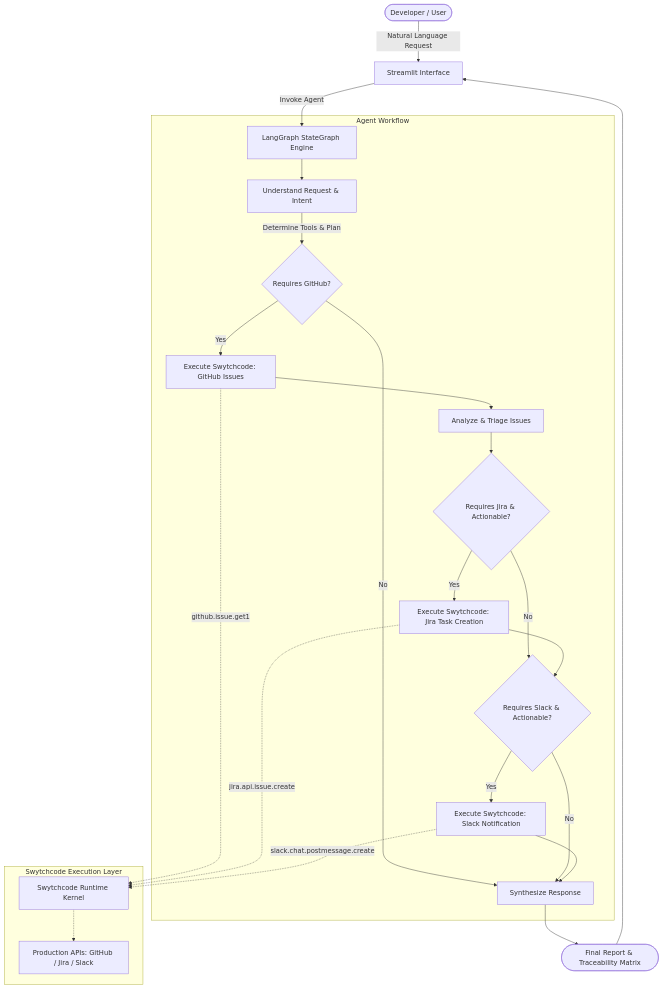
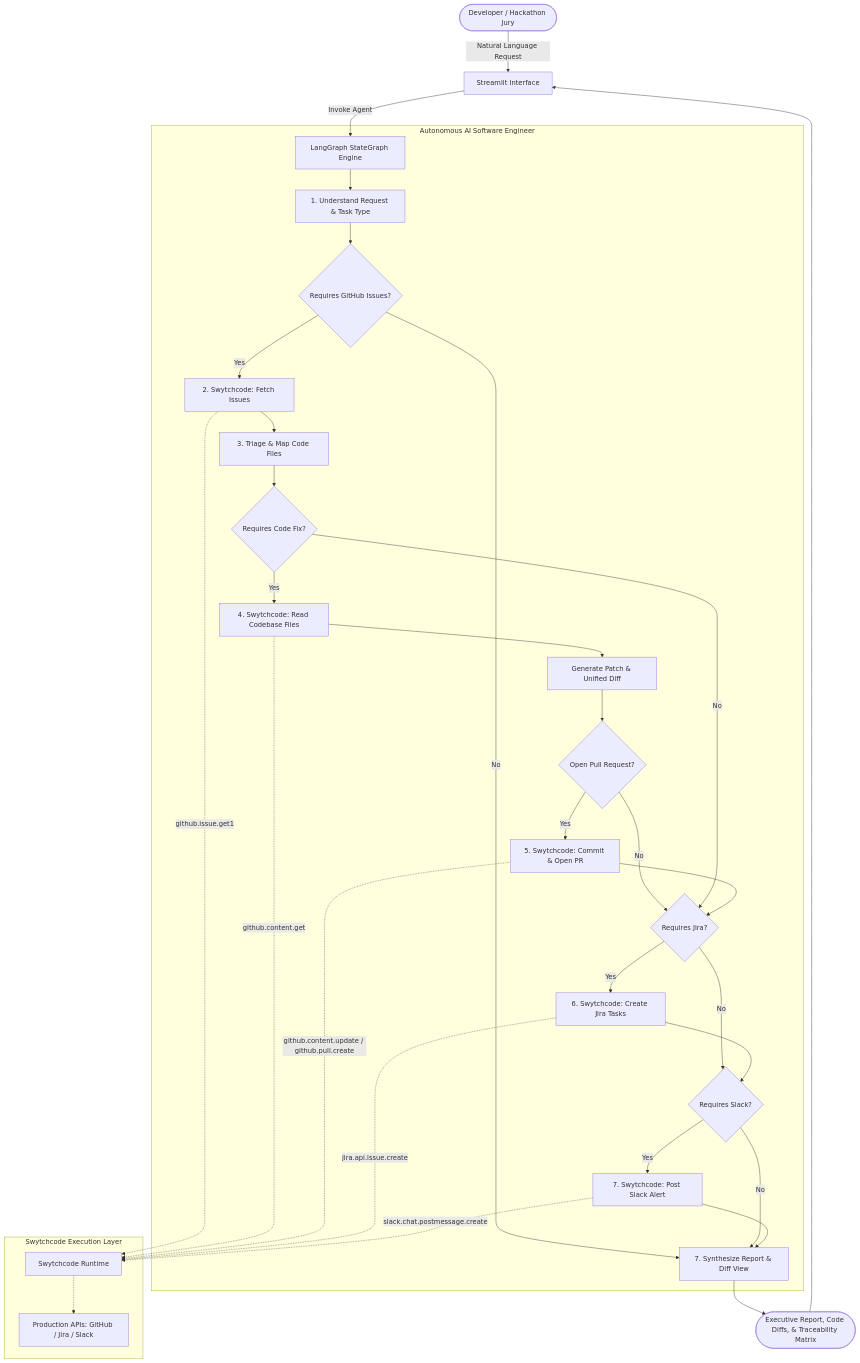
Before and after one commit to nikhil-mutreja/Buildathon: the diagram in README.md, drawn with Mermaid. The commit also changed other lines of this file and 8 other files, not shown here.

Commit message:
feat: implement autonomous software engineering coding workflows, code inspection, and pull requests

````diff
--- a/README.md
+++ b/README.md
@@ -53,34 +36,45 @@
 ```mermaid
 flowchart TD
-    User([Developer / User]) -->|Natural Language Request| UI[Streamlit Interface]
+    User([Developer / Hackathon Jury]) -->|Natural Language Request| UI[Streamlit Interface]
     UI -->|Invoke Agent| Agent[LangGraph StateGraph Engine]
 
-    subgraph Agent Workflow
-        Agent --> Parse[Understand Request & Intent]
-        Parse -->|Determine Tools & Plan| Route1{Requires GitHub?}
-        Route1 -->|Yes| GHNode[Execute Swytchcode: GitHub Issues]
-        Route1 -->|No| Synth[Synthesize Response]
+    subgraph Autonomous AI Software Engineer
+        Agent --> Understand[1. Understand Request & Task Type]
+        Understand --> Route1{Requires GitHub Issues?}
+        Route1 -->|Yes| FetchGH[2. Swytchcode: Fetch Issues]
+        Route1 -->|No| Synth[7. Synthesize Report & Diff View]
 
-        GHNode --> TriageNode[Analyze & Triage Issues]
-        TriageNode --> Route2{Requires Jira & Actionable?}
+        FetchGH --> Triage[3. Triage & Map Code Files]
+        Triage --> Route2{Requires Code Fix?}
 
-        Route2 -->|Yes| JiraNode[Execute Swytchcode: Jira Task Creation]
-        Route2 -->|No| Route3{Requires Slack & Actionable?}
+        Route2 -->|Yes| InspectCode[4. Swytchcode: Read Codebase Files]
+        InspectCode --> GenPatch[Generate Patch & Unified Diff]
+        GenPatch --> Route3{Open Pull Request?}
+        Route3 -->|Yes| OpenPR[5. Swytchcode: Commit & Open PR]
+        Route3 -->|No| Route4{Requires Jira?}
 
-        JiraNode --> Route3
-        Route3 -->|Yes| SlackNode[Execute Swytchcode: Slack Notification]
-        Route3 -->|No| Synth
+        Route2 -->|No| Route4
+        OpenPR --> Route4
+
+        Route4 -->|Yes| JiraNode[6. Swytchcode: Create Jira Tasks]
+        Route4 -->|No| Route5{Requires Slack?}
+
+        JiraNode --> Route5
+        Route5 -->|Yes| SlackNode[7. Swytchcode: Post Slack Alert]
+        Route5 -->|No| Synth
 
         SlackNode --> Synth
     end
 
     subgraph Swytchcode Execution Layer
-        GHNode -.->|github.issue.get1| SwytchcodeEngine[Swytchcode Runtime Kernel]
-        JiraNode -.->|jira.api.issue.create| SwytchcodeEngine
-        SlackNode -.->|slack.chat.postmessage.create| SwytchcodeEngine
-        SwytchcodeEngine -.-> ExtAPIs[Production APIs: GitHub / Jira / Slack]
+        FetchGH -.->|github.issue.get1| SwyKernel[Swytchcode Runtime]
+        InspectCode -.->|github.content.get| SwyKernel
+        OpenPR -.->|github.content.update / github.pull.create| SwyKernel
+        JiraNode -.->|jira.api.issue.create| SwyKernel
+        SlackNode -.->|slack.chat.postmessage.create| SwyKernel
+        SwyKernel -.-> ExternalAPIs[Production APIs: GitHub / Jira / Slack]
     end
 
-    Synth --> Output([Final Report & Traceability Matrix])
+    Synth --> Output([Executive Report, Code Diffs, & Traceability Matrix])
     Output --> UI
 ```
````
